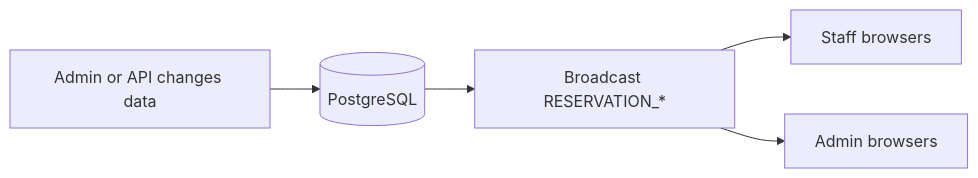
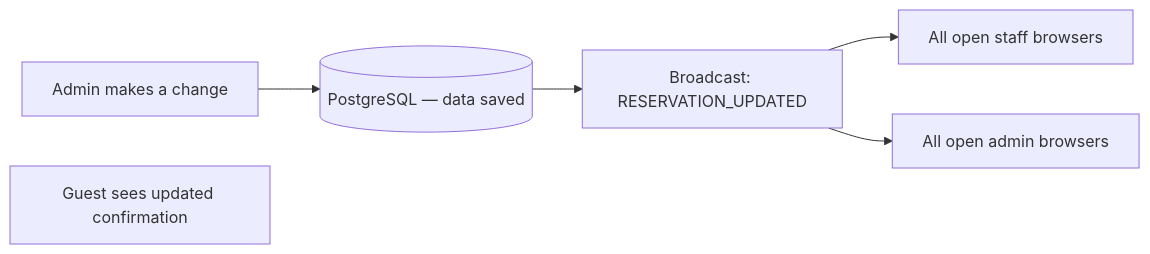
Before and after one commit to pizn-01/dinely: the fifth of 5 diagrams in docs/CLIENT_HANDOVER_ADMIN_AND_OWNER.md, drawn with Mermaid. The commit also changed other lines of this file and 2 other files, not shown here.

````diff
--- a/docs/CLIENT_HANDOVER_ADMIN_AND_OWNER.md
+++ b/docs/CLIENT_HANDOVER_ADMIN_AND_OWNER.md
@@ -207,12 +448,13 @@
 ```mermaid
 flowchart LR
-  AdminChange[Admin or API changes data]
-  DB[(PostgreSQL)]
-  BC[Broadcast RESERVATION_*]
-  ST[Staff browsers]
-  AD[Admin browsers]
+  AdminChange[Admin makes a change]
+  DB[(PostgreSQL — data saved)]
+  BC[Broadcast: RESERVATION_UPDATED]
+  ST[All open staff browsers]
+  AD[All open admin browsers]
+  GE[Guest sees updated confirmation]
   AdminChange --> DB
   DB --> BC
   BC --> ST
   BC --> AD
 ```
````
